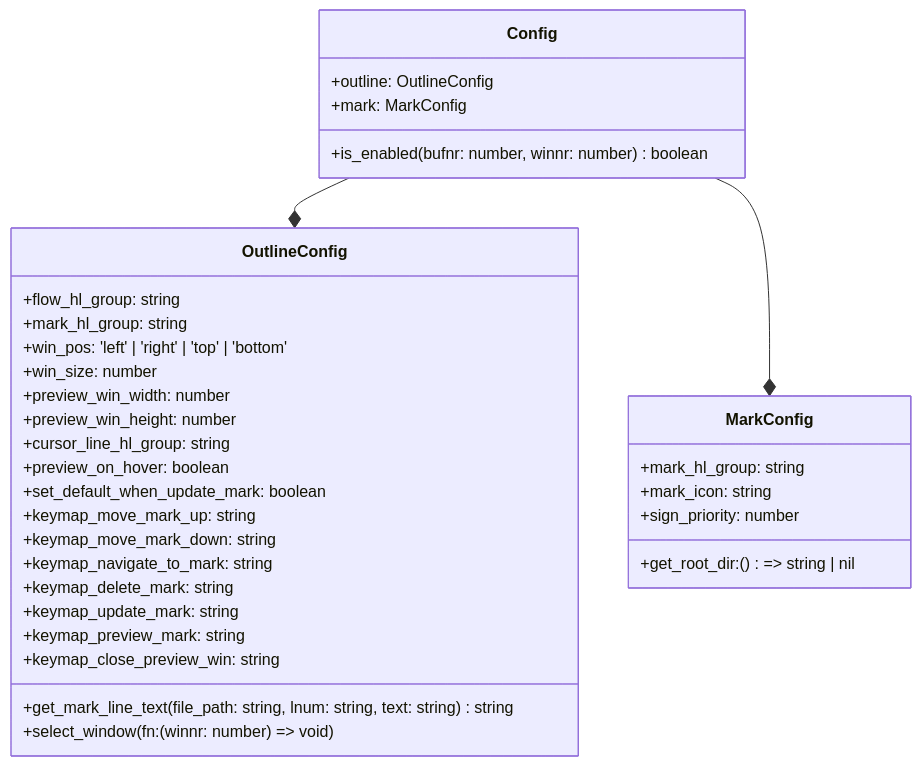
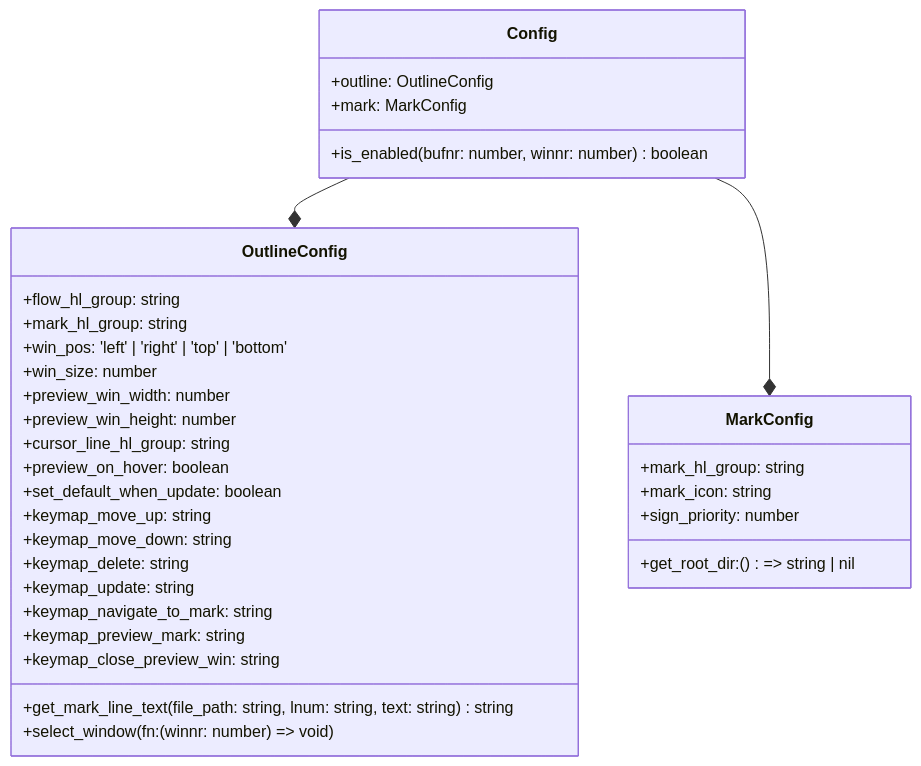
Diagram 24 of 24 in DESIGN.md (niuiic/track.nvim), drawn with Mermaid before and after one commit. The commit also changed other lines of this file and 4 other files, not shown here.

Commit message:
feat: change flow order

````diff
--- a/DESIGN.md
+++ b/DESIGN.md
@@ -599,39 +603,39 @@
 ```mermaid
 classDiagram
     Config --* OutlineConfig
     Config --* MarkConfig
     class Config {
         +outline: OutlineConfig
         +mark: MarkConfig
         +is_enabled(bufnr: number, winnr: number) boolean
     }
 
     class OutlineConfig {
         +flow_hl_group: string
         +mark_hl_group: string
         +win_pos: 'left' | 'right' | 'top' | 'bottom'
         +win_size: number
         +preview_win_width: number
         +preview_win_height: number
         +cursor_line_hl_group: string
         +preview_on_hover: boolean
-        +set_default_when_update_mark: boolean
-        +keymap_move_mark_up: string
-        +keymap_move_mark_down: string
+        +set_default_when_update: boolean
+        +keymap_move_up: string
+        +keymap_move_down: string
+        +keymap_delete: string
+        +keymap_update: string
         +keymap_navigate_to_mark: string
-        +keymap_delete_mark: string
-        +keymap_update_mark: string
         +keymap_preview_mark: string
         +keymap_close_preview_win: string
 
         +get_mark_line_text(file_path: string, lnum: string, text: string) string
         +select_window(fn: (winnr: number) => void)
     }
 
     class MarkConfig {
         +mark_hl_group: string
         +mark_icon: string
         +get_root_dir: () => string | nil
         +sign_priority: number
     }
 ```
````
